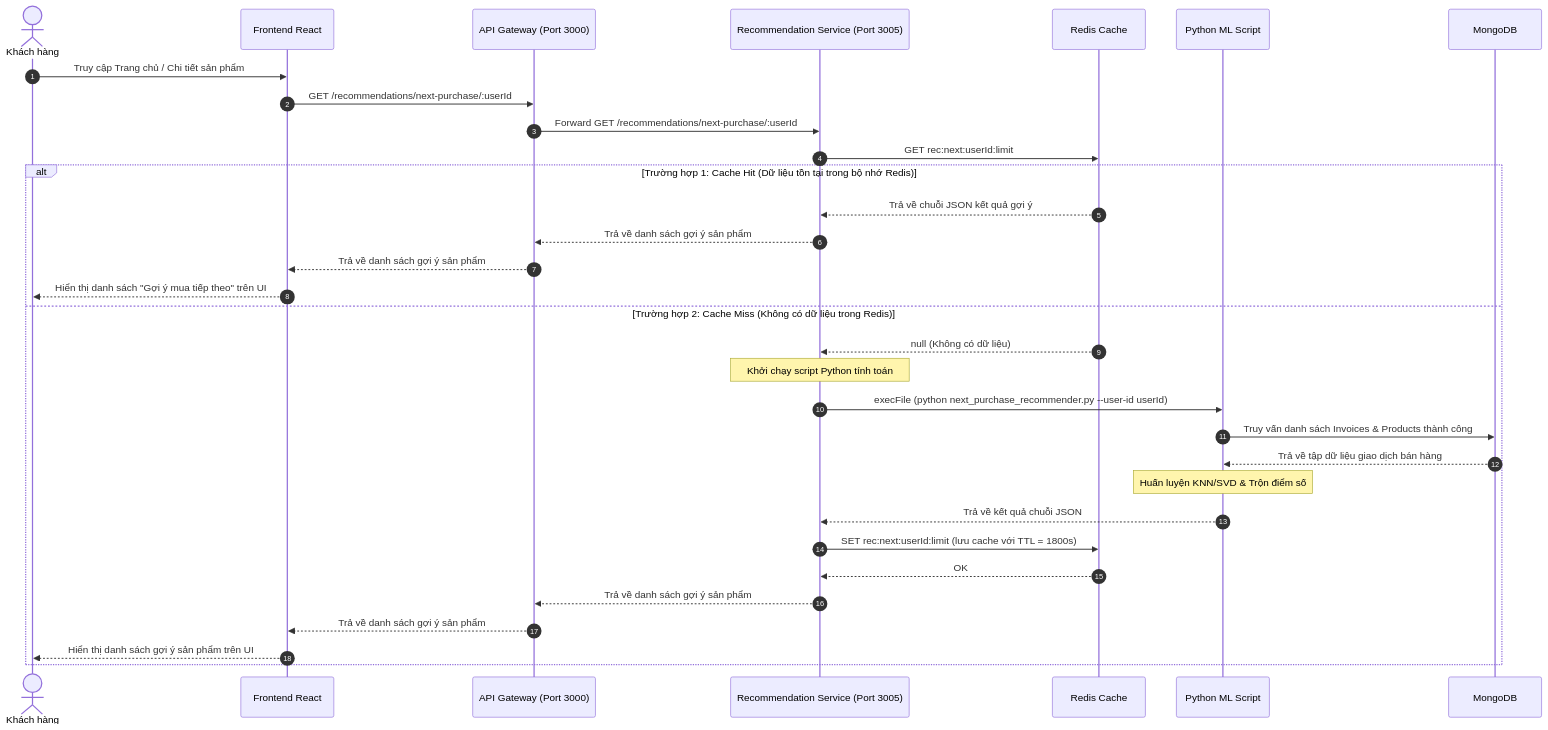
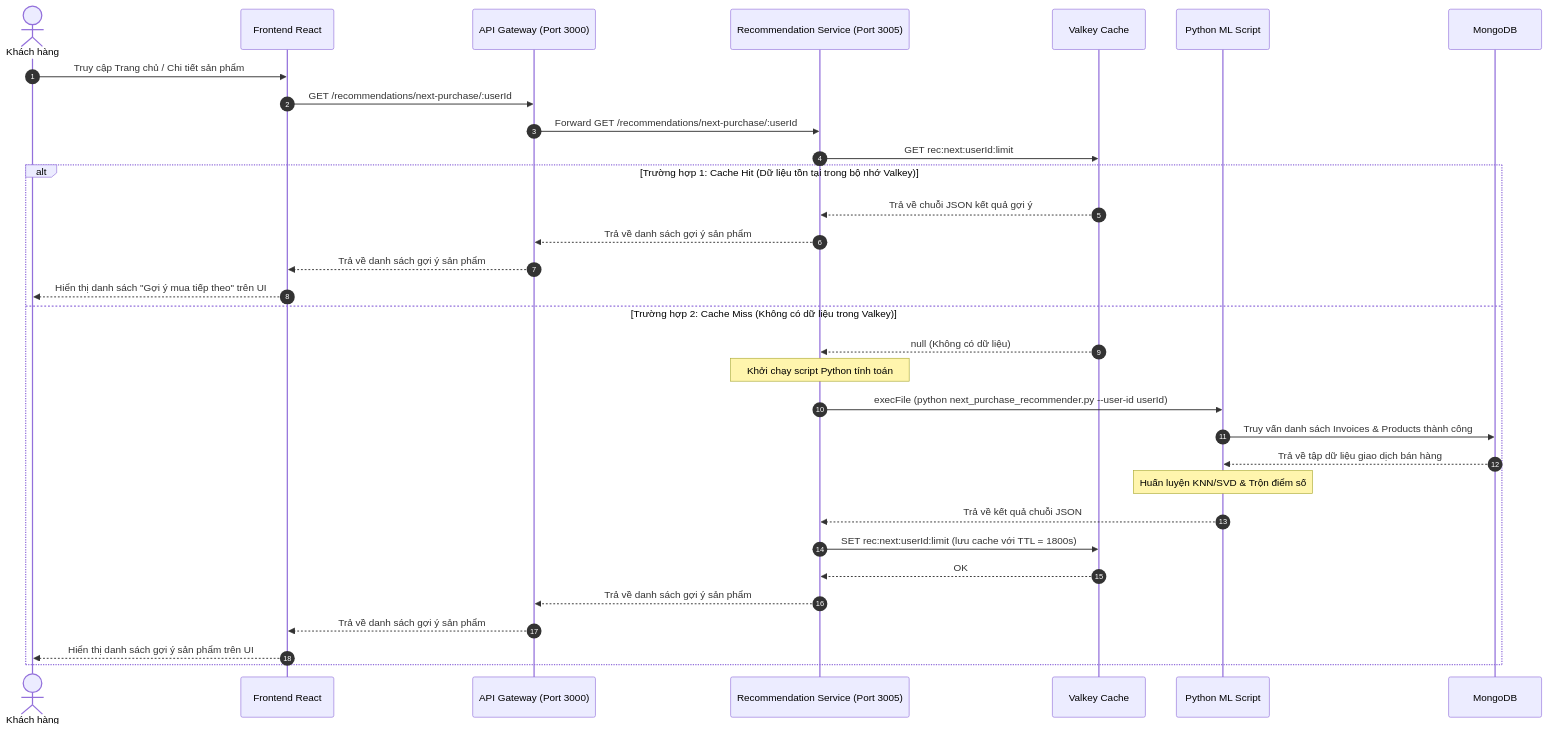
Before and after one commit to TrDieux18/eCommerce-react_dark: the seventh of 8 diagrams in BaoCaoNhom_PTTKHT.md, drawn with Mermaid. The commit also changed other lines of this file and 5 other files, not shown here.

````diff
--- a/BaoCaoNhom_PTTKHT.md
+++ b/BaoCaoNhom_PTTKHT.md
@@ -327,37 +327,37 @@
 ```mermaid
 sequenceDiagram
   autonumber
   actor User as Khách hàng
   participant FE as Frontend React
   participant GW as API Gateway (Port 3000)
   participant Rec as Recommendation Service (Port 3005)
-  participant Redis as Redis Cache
+  participant Valkey as Valkey Cache
   participant Py as Python ML Script
   participant DB as MongoDB
 
   User->>FE: Truy cập Trang chủ / Chi tiết sản phẩm
   FE->>GW: GET /recommendations/next-purchase/:userId
   GW->>Rec: Forward GET /recommendations/next-purchase/:userId
   
-  Rec->>Redis: GET rec:next:userId:limit
+  Rec->>Valkey: GET rec:next:userId:limit
   
-  alt Trường hợp 1: Cache Hit (Dữ liệu tồn tại trong bộ nhớ Redis)
-      Redis-->>Rec: Trả về chuỗi JSON kết quả gợi ý
+  alt Trường hợp 1: Cache Hit (Dữ liệu tồn tại trong bộ nhớ Valkey)
+      Valkey-->>Rec: Trả về chuỗi JSON kết quả gợi ý
       Rec-->>GW: Trả về danh sách gợi ý sản phẩm
       GW-->>FE: Trả về danh sách gợi ý sản phẩm
       FE-->>User: Hiển thị danh sách "Gợi ý mua tiếp theo" trên UI
-  else Trường hợp 2: Cache Miss (Không có dữ liệu trong Redis)
-      Redis-->>Rec: null (Không có dữ liệu)
+  else Trường hợp 2: Cache Miss (Không có dữ liệu trong Valkey)
+      Valkey-->>Rec: null (Không có dữ liệu)
       Note over Rec: Khởi chạy script Python tính toán
       Rec->>Py: execFile (python next_purchase_recommender.py --user-id userId)
       Py->>DB: Truy vấn danh sách Invoices & Products thành công
       DB-->>Py: Trả về tập dữ liệu giao dịch bán hàng
       Note over Py: Huấn luyện KNN/SVD & Trộn điểm số
       Py-->>Rec: Trả về kết quả chuỗi JSON
-      Rec->>Redis: SET rec:next:userId:limit (lưu cache với TTL = 1800s)
-      Redis-->>Rec: OK
+      Rec->>Valkey: SET rec:next:userId:limit (lưu cache với TTL = 1800s)
+      Valkey-->>Rec: OK
       Rec-->>GW: Trả về danh sách gợi ý sản phẩm
       GW-->>FE: Trả về danh sách gợi ý sản phẩm
       FE-->>User: Hiển thị danh sách gợi ý sản phẩm trên UI
   end
 ```
````
